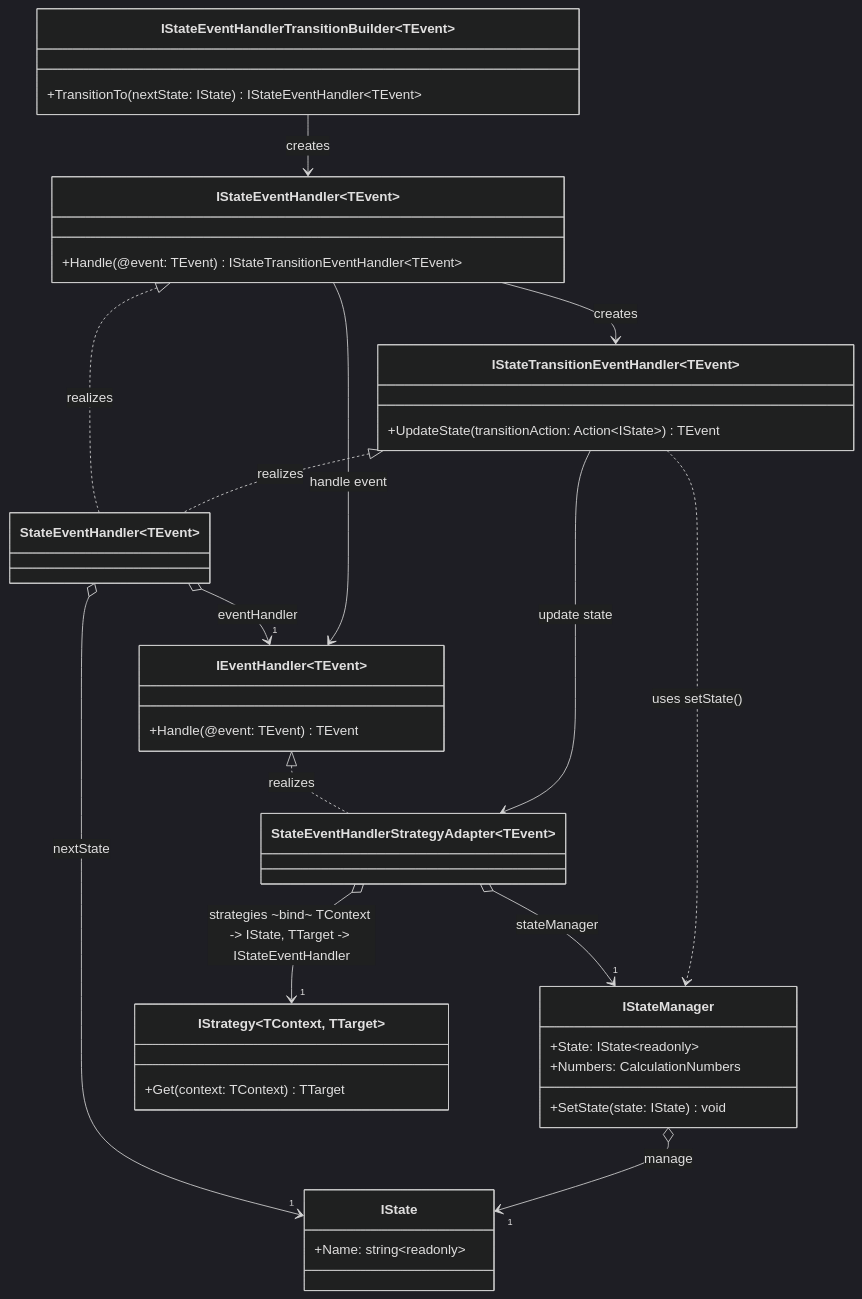
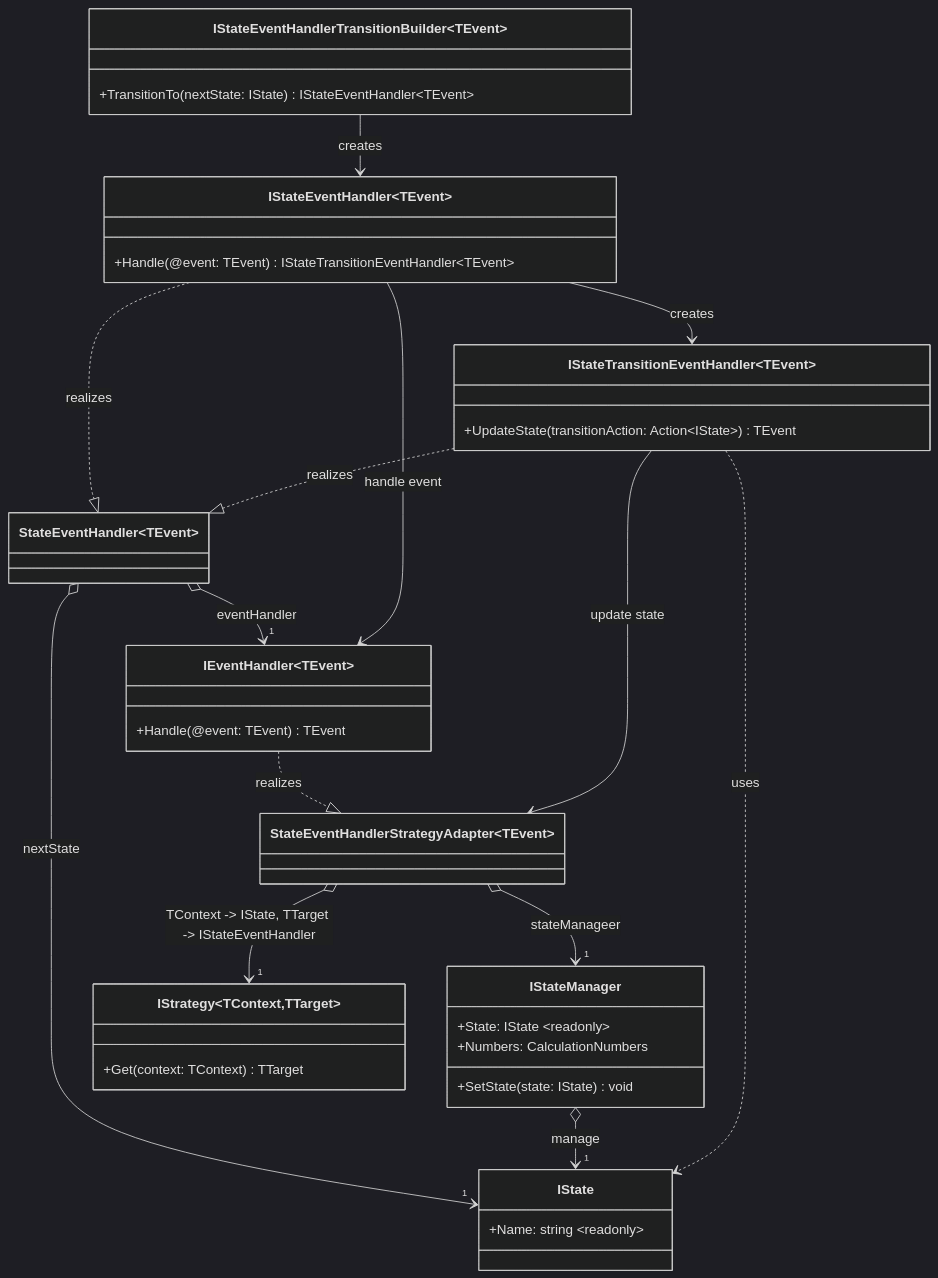
One commit to Meex-Work/CalculatorSolution changed the diagram in README.md. Above: the diagram before and after it, drawn with Mermaid (dark theme). The commit also changed other lines of this file, not shown here.

````diff
--- a/README.md
+++ b/README.md
@@ -50,49 +36,49 @@
 ```mermaid
 classDiagram
     class IState {
-        +Name: string~readonly~
+        +Name: string ~readonly~
     }
 
     class IStateManager {
-        +State: IState~readonly~
+        +State: IState ~readonly~
         +Numbers: CalculationNumbers
         +SetState(state: IState) void
     }
     class IStateEventHandler~TEvent~ {
         +Handle(@event: TEvent) IStateTransitionEventHandler~TEvent~
     }
     class IStateTransitionEventHandler~TEvent~ {
         +UpdateState(transitionAction: Action~IState~) TEvent
     }
     class IStateEventHandlerTransitionBuilder~TEvent~ {
         +TransitionTo(nextState: IState) IStateEventHandler~TEvent~
     }
     class IEventHandler~TEvent~ {
         +Handle(@event: TEvent) TEvent
     }
 
-    class IStrategy~TContext, TTarget~ {
+    class IStrategy~TContext,TTarget~ {
 +Get(context: TContext) TTarget
 }
 
-class StateEventHandlerStrategyAdapter~TEvent~ {  
- }
-class StateEventHandler~TEvent~ {  
- }
+class StateEventHandlerStrategyAdapter~TEvent~ {
 
-IEventHandler <|.. StateEventHandlerStrategyAdapter: realizes
-StateEventHandlerStrategyAdapter o--> "1" IStateManager: stateManager
-StateEventHandlerStrategyAdapter o--> "1" IStrategy: strategies ~bind~ TContext -> IState, TTarget -> IStateEventHandler
+    }
+class StateEventHandler~TEvent~ {
 
-IStateEventHandler <|.. StateEventHandler: realizes
-IStateTransitionEventHandler <|.. StateEventHandler: realizes
+    }
+
+IEventHandler ..|> StateEventHandlerStrategyAdapter: realizes
+StateEventHandlerStrategyAdapter o--> "1" IStateManager: stateManageer
+StateEventHandlerStrategyAdapter o--> "1" IStrategy: TContext -> IState, TTarget -> IStateEventHandler
+IStateEventHandler ..|> StateEventHandler: realizes
+IStateTransitionEventHandler ..|> StateEventHandler: realizes
 StateEventHandler o--> "1" IEventHandler: eventHandler
 StateEventHandler o--> "1" IState: nextState
-
 IStateManager o--> "1" IState: manage
-IStateTransitionEventHandler ..> IStateManager: uses setState()
+IStateTransitionEventHandler ..> IState: uses
 IStateEventHandler --> IStateTransitionEventHandler: creates
 IStateEventHandler --> IEventHandler: handle event
 IStateEventHandlerTransitionBuilder --> IStateEventHandler: creates
 IStateTransitionEventHandler --> StateEventHandlerStrategyAdapter: update state
 ```
````
